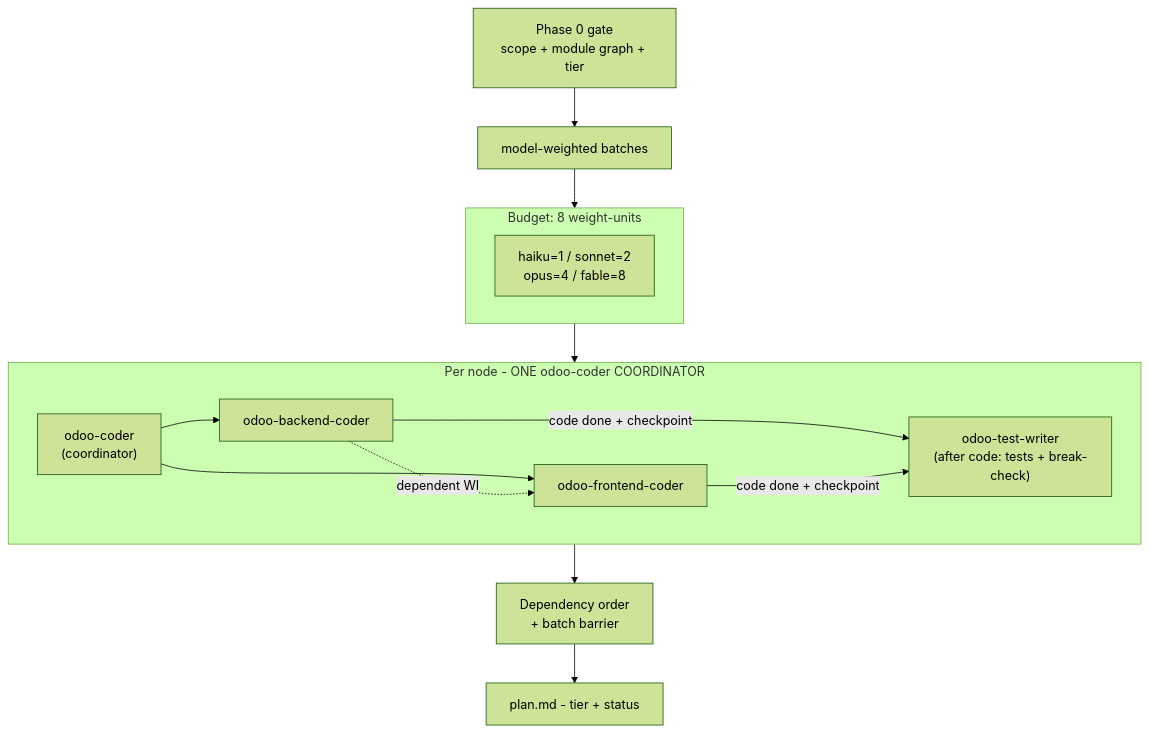
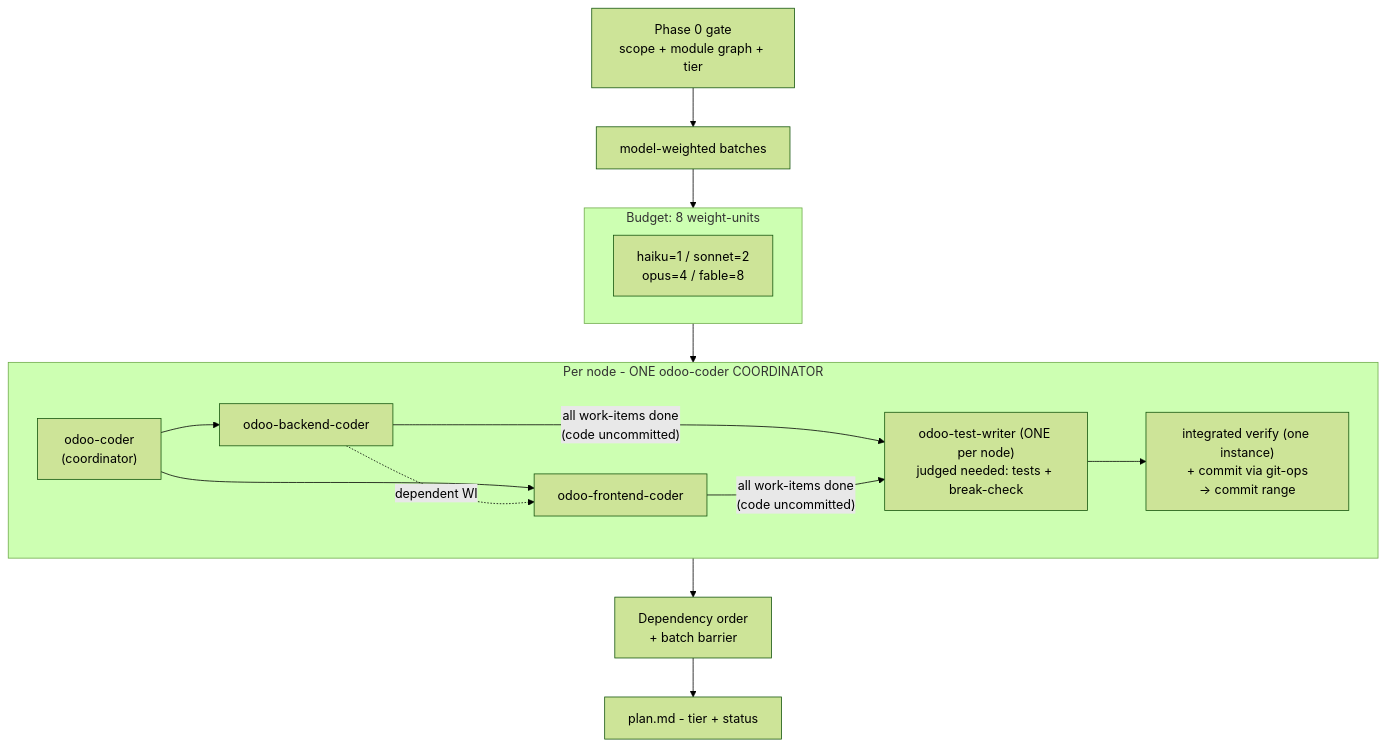
Before and after one commit to Viindoo/odoo-mcp-client: the second of 9 diagrams in plugins/odoo-ai-agents/README.md, drawn with Mermaid (forest theme). The commit also changed other lines of this file and 13 other files, not shown here.

First line of the commit message:
docs(odoo-ai-agents): describe the code-then-test leg and launch rule

````diff
--- a/plugins/odoo-ai-agents/README.md
+++ b/plugins/odoo-ai-agents/README.md
@@ -269,23 +283,24 @@
 ```mermaid
 flowchart TD
     GATE["Phase 0 gate<br/>scope + module graph + tier"]
     GATE --> BATCH["model-weighted batches"]
 
     subgraph BUDGET["Budget: 8 weight-units"]
         W["haiku=1 / sonnet=2<br/>opus=4 / fable=8"]
     end
 
     BATCH --> BUDGET
 
     subgraph PERMOD["Per node - ONE odoo-coder COORDINATOR"]
         COORD["odoo-coder<br/>(coordinator)"] --> BE["odoo-backend-coder"]
         COORD --> FE["odoo-frontend-coder"]
         BE -.->|"dependent WI"| FE
-        BE -->|"code done + checkpoint"| TW["odoo-test-writer<br/>(after code: tests + break-check)"]
-        FE -->|"code done + checkpoint"| TW
+        BE -->|"all work-items done<br/>(code uncommitted)"| TW["odoo-test-writer (ONE per node)<br/>judged needed: tests + break-check"]
+        FE -->|"all work-items done<br/>(code uncommitted)"| TW
+        TW --> VER["integrated verify (one instance)<br/>+ commit via git-ops<br/>-> commit range"]
     end
 
     BUDGET --> PERMOD
     PERMOD --> DEP["Dependency order<br/>+ batch barrier"]
     DEP --> PLAN["plan.md - tier + status"]
 ```
````
